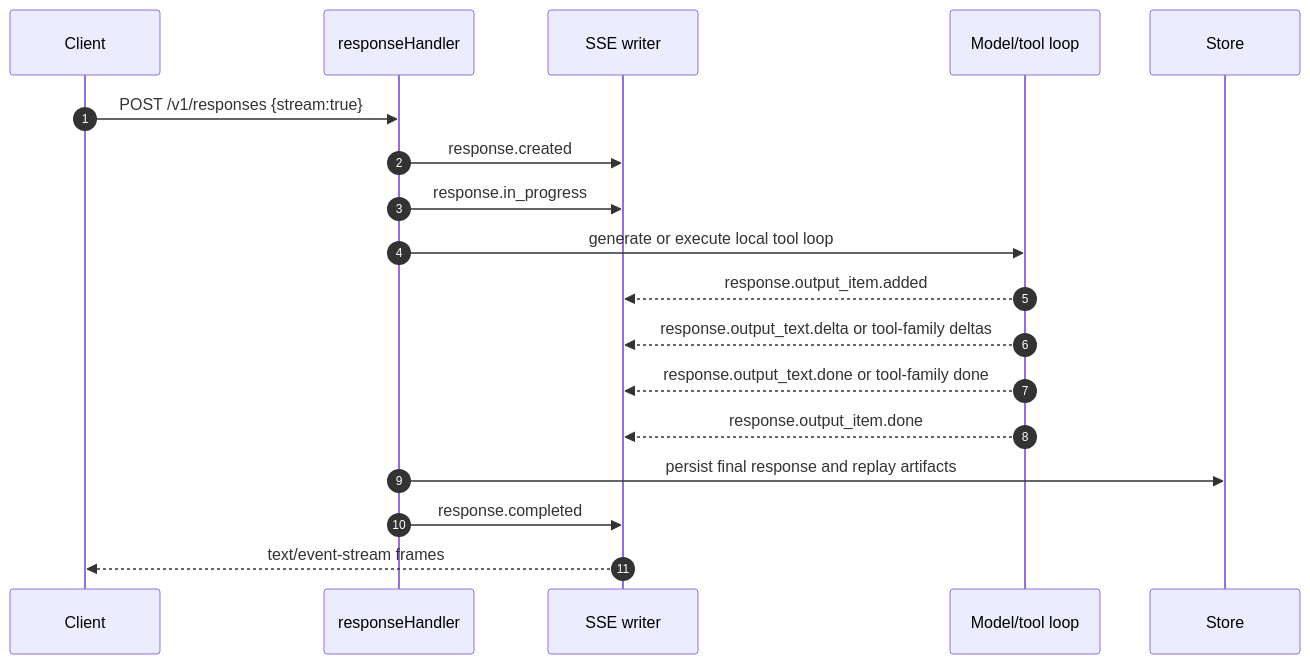
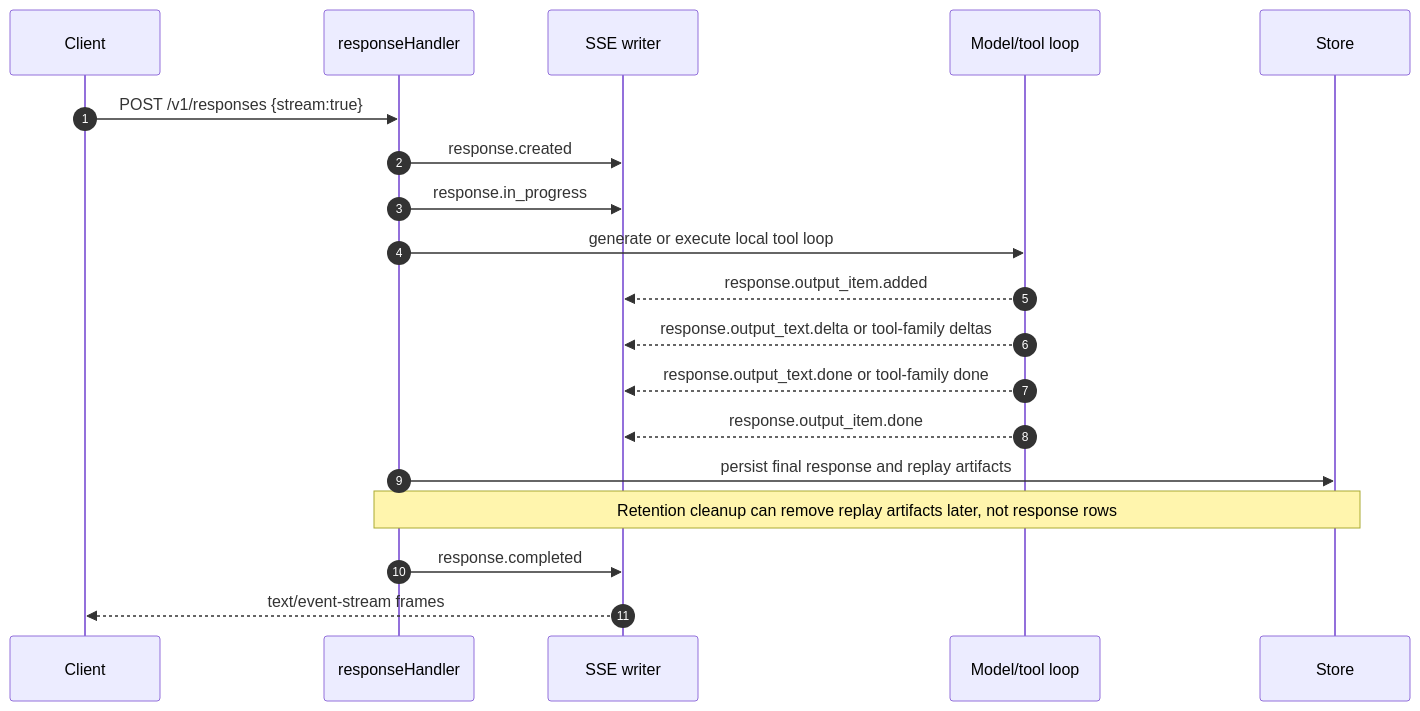
Before and after one commit to avelrl/llama_shim: the seventh of 25 diagrams in docs/engineering/openai-api-choreography-atlas.md, drawn with Mermaid. The commit also changed other lines of this file and 20 other files, not shown here.

Commit message:
v3: add replay artifact retention policy

````diff
--- a/docs/engineering/openai-api-choreography-atlas.md
+++ b/docs/engineering/openai-api-choreography-atlas.md
@@ -267,21 +268,22 @@
 ```mermaid
 sequenceDiagram
   autonumber
   participant C as Client
   participant H as responseHandler
   participant S as SSE writer
   participant L as Model/tool loop
   participant DB as Store
 
   C->>H: POST /v1/responses {stream:true}
   H->>S: response.created
   H->>S: response.in_progress
   H->>L: generate or execute local tool loop
   L-->>S: response.output_item.added
   L-->>S: response.output_text.delta or tool-family deltas
   L-->>S: response.output_text.done or tool-family done
   L-->>S: response.output_item.done
   H->>DB: persist final response and replay artifacts
+  Note over H,DB: Retention cleanup can remove replay artifacts later, not response rows
   H->>S: response.completed
   S-->>C: text/event-stream frames
 ```
````
